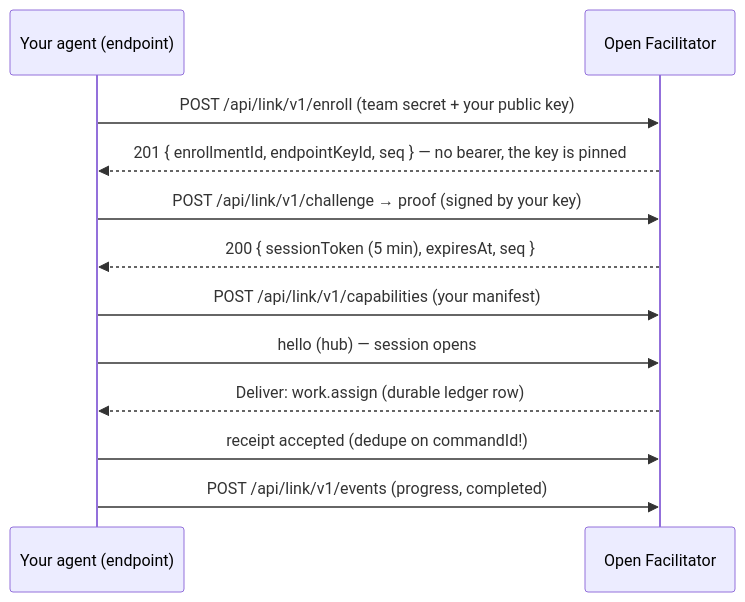
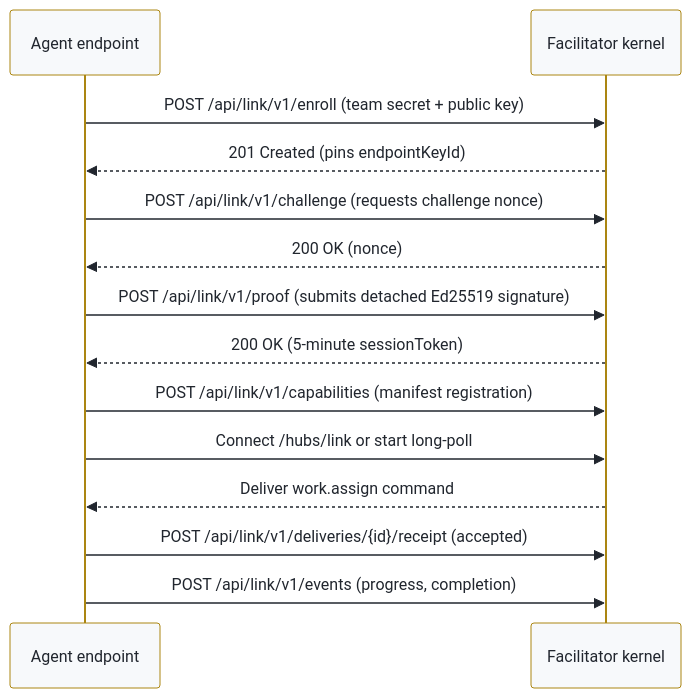
Before and after one commit to denisekart/open-facilitator: the diagram in site/src/guides/agent.md, drawn with Mermaid. The commit also changed other lines of this file and 13 other files, not shown here.

````diff
--- a/site/src/guides/agent.md
+++ b/site/src/guides/agent.md
@@ -71,14 +45,17 @@
 ```mermaid title="Enroll once, then buy sessions with the key"
+%%{init: {"theme": "base", "themeVariables": {"primaryColor": "#f7f9fb", "primaryBorderColor": "#ab8612", "primaryTextColor": "#21262e", "lineColor": "#676f7c", "secondaryColor": "#faf2d6"}}}%%
 sequenceDiagram
-  participant A as Your agent (endpoint)
-  participant F as Open Facilitator
-  A->>F: POST /api/link/v1/enroll (team secret + your public key)
-  F-->>A: 201 { enrollmentId, endpointKeyId, seq } — no bearer, the key is pinned
-  A->>F: POST /api/link/v1/challenge → proof (signed by your key)
-  F-->>A: 200 { sessionToken (5 min), expiresAt, seq }
-  A->>F: POST /api/link/v1/capabilities (your manifest)
-  A->>F: hello (hub) — session opens
-  F-->>A: Deliver: work.assign (durable ledger row)
-  A->>F: receipt accepted (dedupe on commandId!)
-  A->>F: POST /api/link/v1/events (progress, completed)
+  participant A as Agent endpoint
+  participant F as Facilitator kernel
+  A->>F: POST /api/link/v1/enroll (team secret + public key)
+  F-->>A: 201 Created (pins endpointKeyId)
+  A->>F: POST /api/link/v1/challenge (requests challenge nonce)
+  F-->>A: 200 OK (nonce)
+  A->>F: POST /api/link/v1/proof (submits detached Ed25519 signature)
+  F-->>A: 200 OK (5-minute sessionToken)
+  A->>F: POST /api/link/v1/capabilities (manifest registration)
+  A->>F: Connect /hubs/link or start long-poll
+  F-->>A: Deliver work.assign command
+  A->>F: POST /api/link/v1/deliveries/{id}/receipt (accepted)
+  A->>F: POST /api/link/v1/events (progress, completion)
 ```
````
